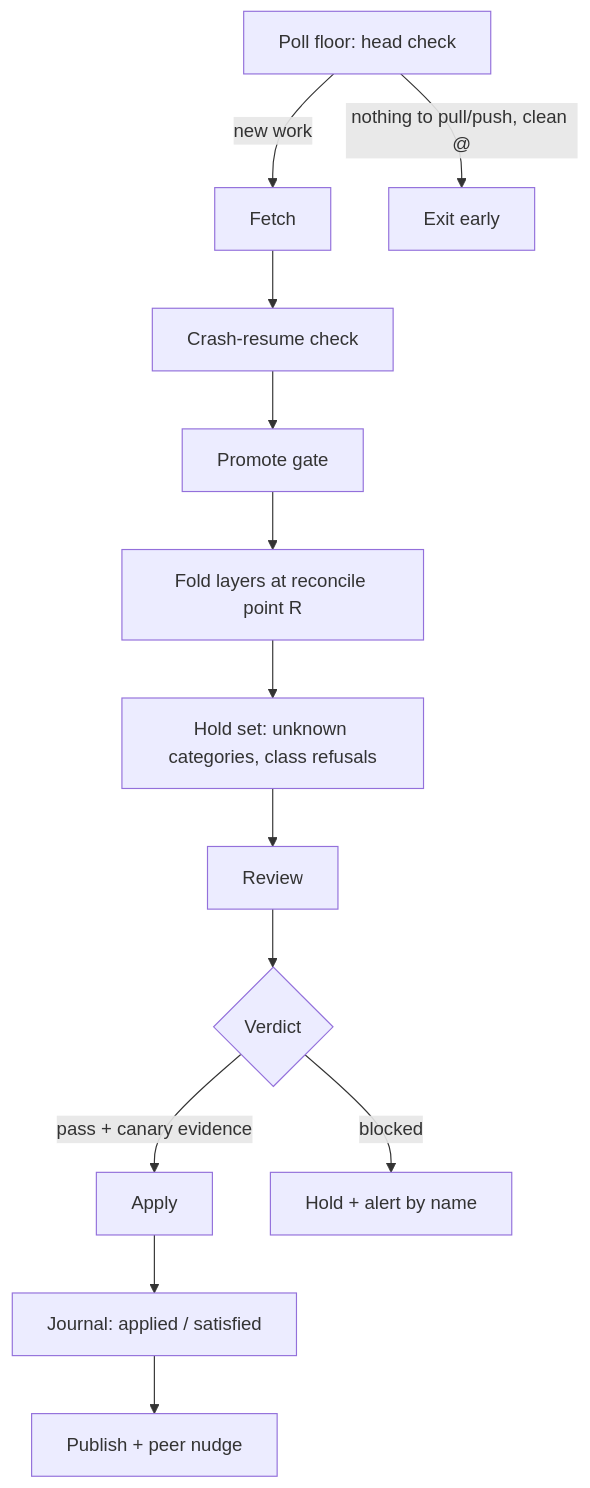
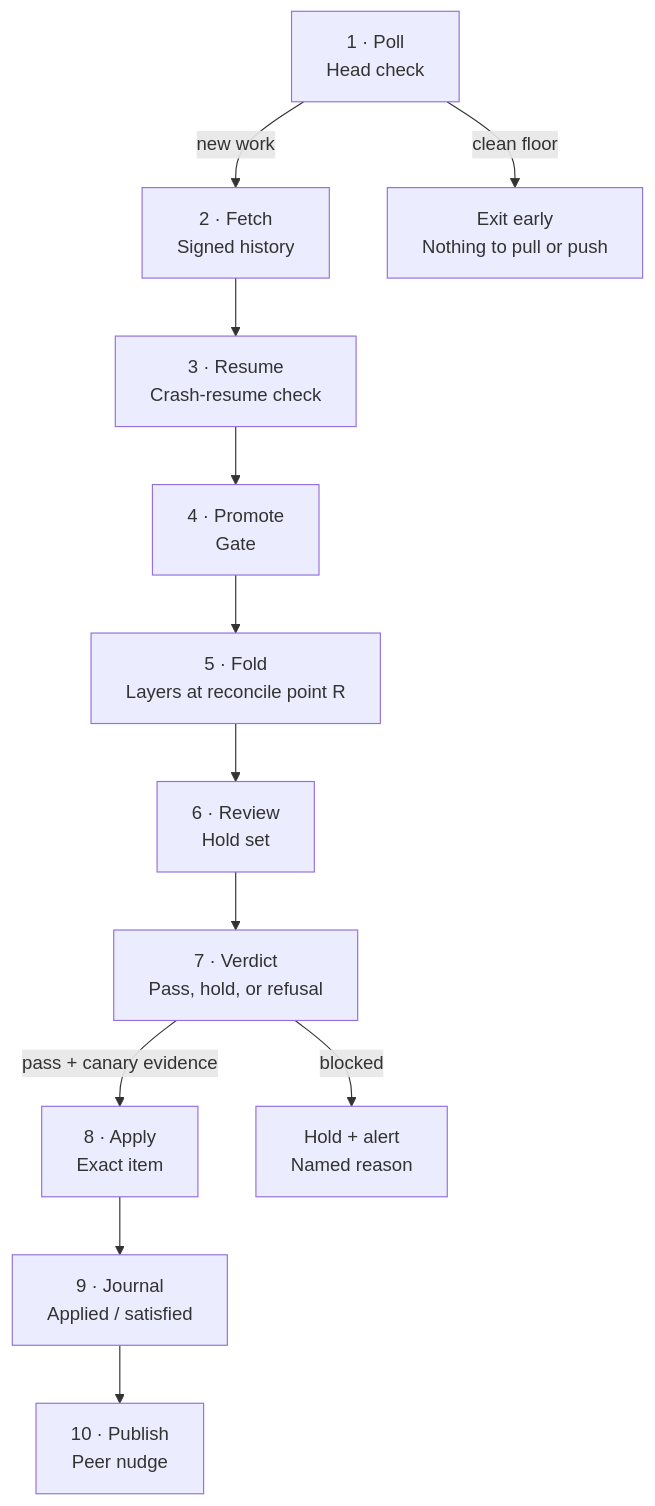
The diagram in site/src/diagrams/m1-convergence.mmd (novotnyllc/railyard), drawn with Mermaid before and after one commit. The commit also changed 35 other files, not shown here.

First line of the commit message:
docs: narrative stage 2 — sequence-narrative diagrams

```diff
--- a/site/src/diagrams/m1-convergence.mmd
+++ b/site/src/diagrams/m1-convergence.mmd
@@ -1,13 +1,14 @@
 flowchart TD
-    A[Poll floor: head check] -->|new work| B[Fetch]
-    A -->|nothing to pull/push, clean @| Z[Exit early]
-    B --> C[Crash-resume check]
-    C --> D[Promote gate]
-    D --> E[Fold layers at reconcile point R]
-    E --> F[Hold set: unknown categories, class refusals]
-    F --> G[Review]
-    G --> H{Verdict}
-    H -->|pass + canary evidence| I[Apply]
-    H -->|blocked| J[Hold + alert by name]
-    I --> K[Journal: applied / satisfied]
-    K --> L[Publish + peer nudge]
+    accTitle: M1 host convergence sequence
+    accDescr: A receiving host polls, fetches, resumes safely, promotes and folds state, reviews the hold set, applies passing work, journals the outcome, and publishes a peer nudge. A clean floor exits early and a blocked verdict is held by name.
+    A["1 · Poll<br/>Head check"] -->|new work| B["2 · Fetch<br/>Signed history"]
+    A -->|clean floor| Z["Exit early<br/>Nothing to pull or push"]
+    B --> C["3 · Resume<br/>Crash-resume check"]
+    C --> D["4 · Promote<br/>Gate"]
+    D --> E["5 · Fold<br/>Layers at reconcile point R"]
+    E --> F["6 · Review<br/>Hold set"]
+    F --> G["7 · Verdict<br/>Pass, hold, or refusal"]
+    G -->|pass + canary evidence| I["8 · Apply<br/>Exact item"]
+    G -->|blocked| J["Hold + alert<br/>Named reason"]
+    I --> K["9 · Journal<br/>Applied / satisfied"]
+    K --> L["10 · Publish<br/>Peer nudge"]
```
